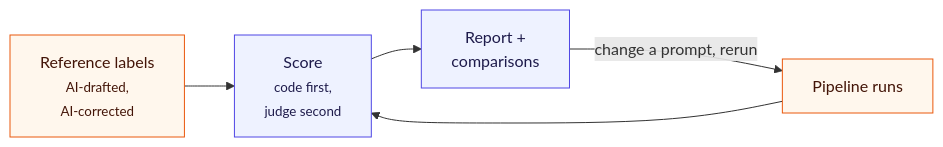
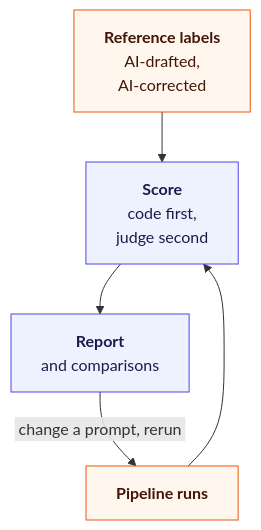
The third of 3 diagrams in README.md (lofeodo/rfp-solution-summary-generator), drawn with Mermaid before and after one commit. The commit also changed other lines of this file, not shown here.

Commit message:
README: legible mermaid diagrams (top-to-bottom, padded edge labels)

````diff
--- a/README.md
+++ b/README.md
@@ -83,11 +83,11 @@
 ```mermaid
-flowchart LR
-    G[Reference labels<br/><small>AI-drafted,<br/>AI-corrected</small>] --> S
-    R[Pipeline runs] --> S[Score<br/><small>code first,<br/>judge second</small>]
-    S --> P[Report +<br/>comparisons]
-    P -- "change a prompt, rerun" --> R
+flowchart TB
+    G["<b>Reference labels</b><br/>AI-drafted,<br/>AI-corrected"] --> S
+    R["<b>Pipeline runs</b>"] --> S["<b>Score</b><br/>code first,<br/>judge second"]
+    S --> P["<b>Report</b><br/>and comparisons"]
+    P -- "&nbsp;change a prompt, rerun&nbsp;" --> R
     classDef code fill:#eef2ff,stroke:#4f46e5,color:#1e1b4b
     classDef llm fill:#fff7ed,stroke:#ea580c,color:#431407
     class S,P code
     class G,R llm
 ```
````
